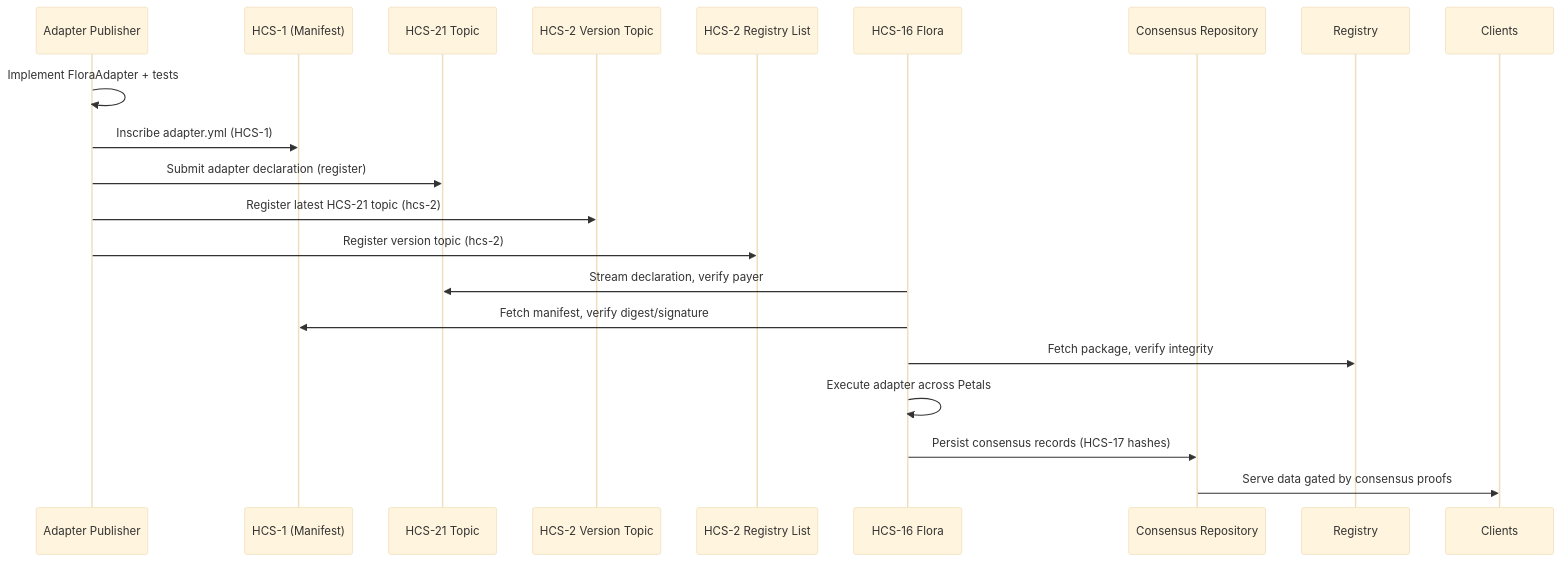
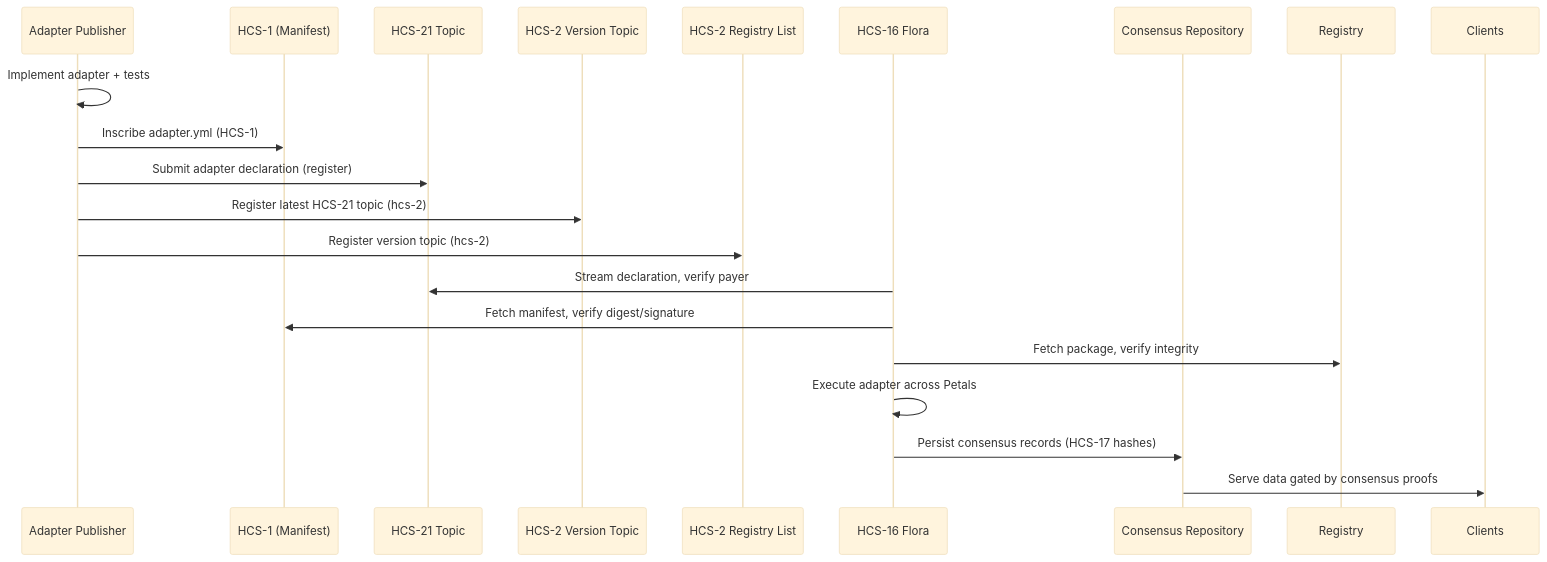
Before and after one commit to hashgraph-online/hcs-improvement-proposals: the sixth of 6 diagrams in docs/standards/hcs-21.md, drawn with Mermaid (base theme). The commit also changed other lines of this file and 2 other files, not shown here.

````diff
--- a/docs/standards/hcs-21.md
+++ b/docs/standards/hcs-21.md
@@ -645,22 +645,22 @@
 ```mermaid
 sequenceDiagram
     participant Pub as Adapter Publisher
     participant H1 as HCS-1 (Manifest)
     participant H21 as HCS-21 Topic
     participant Ptr as HCS-2 Version Topic
     participant Ror as HCS-2 Registry List
     participant Flora as HCS-16 Flora
     participant Repo as Consensus Repository
 
-    Pub->>Pub: Implement FloraAdapter + tests
+    Pub->>Pub: Implement adapter + tests
     Pub->>H1: Inscribe adapter.yml (HCS-1)
     Pub->>H21: Submit adapter declaration (register)
     Pub->>Ptr: Register latest HCS-21 topic (hcs-2)
     Pub->>Ror: Register version topic (hcs-2)
     Flora->>H21: Stream declaration, verify payer
     Flora->>H1: Fetch manifest, verify digest/signature
     Flora->>Registry: Fetch package, verify integrity
     Flora->>Flora: Execute adapter across Petals
     Flora->>Repo: Persist consensus records (HCS-17 hashes)
     Repo->>Clients: Serve data gated by consensus proofs
 ```
````
